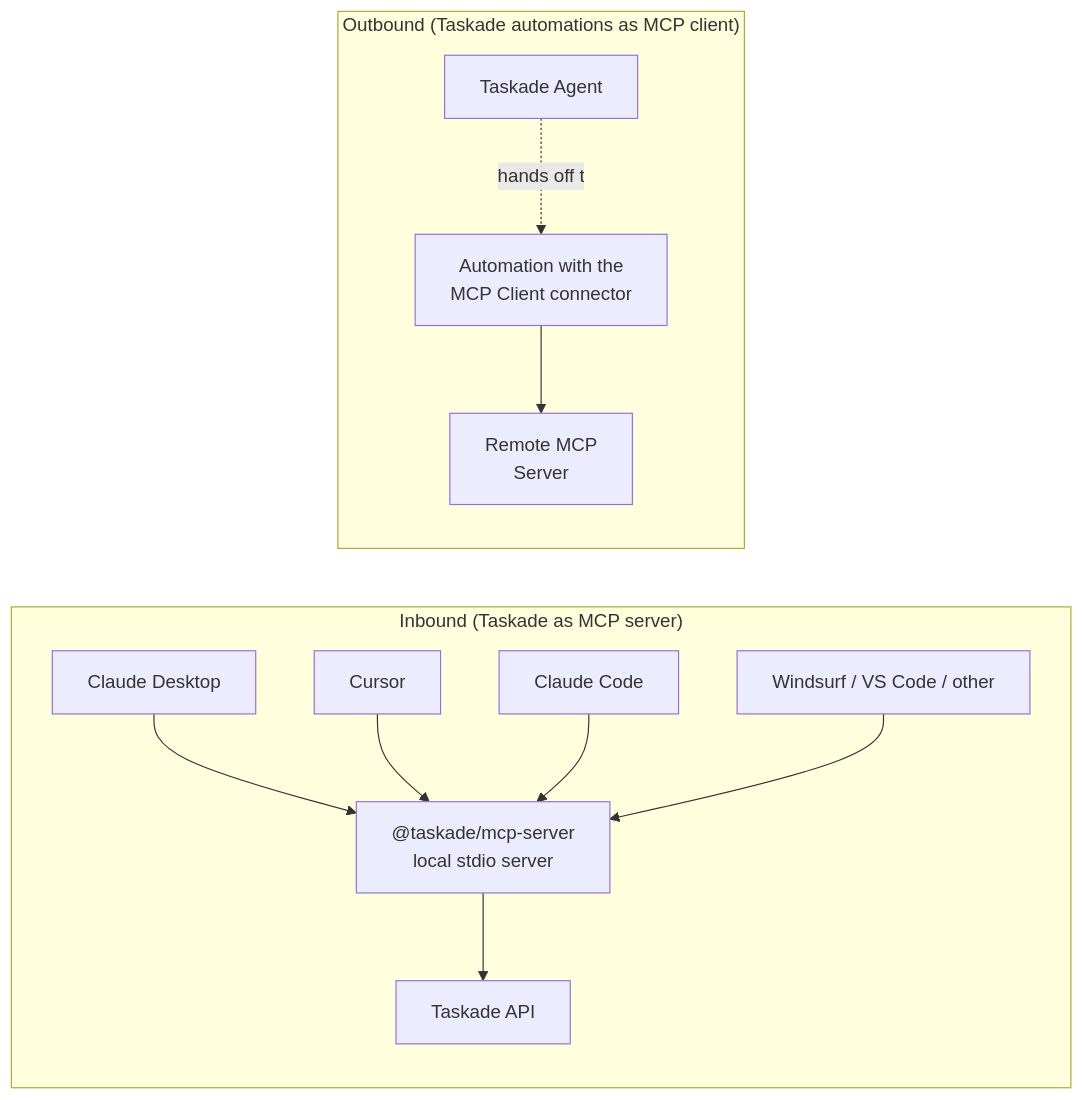
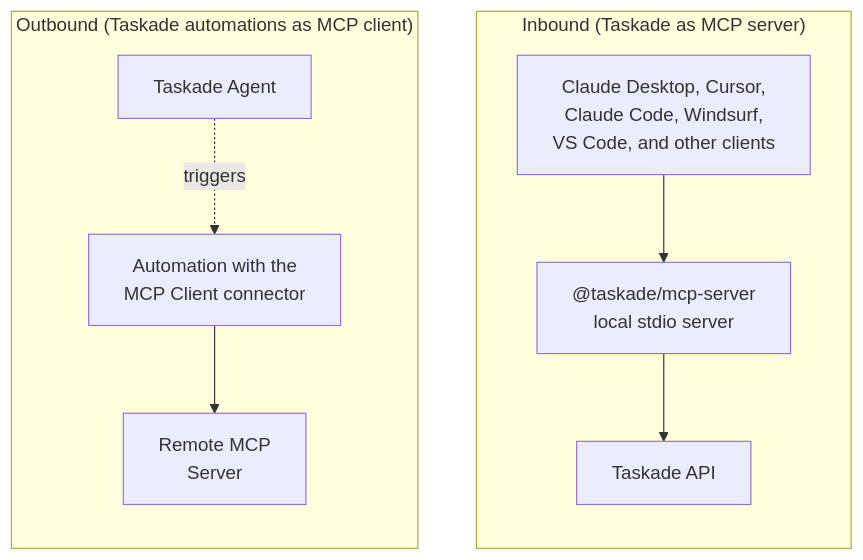
One commit to taskade/docs changed the diagram in apis-living-system-development/workspace-mcp-advanced.md. Above: the diagram before and after it, drawn with Mermaid. The commit also changed other lines of this file and 113 other files, not shown here.

````diff
--- a/apis-living-system-development/workspace-mcp-advanced.md
+++ b/apis-living-system-development/workspace-mcp-advanced.md
@@ -14,25 +14,19 @@
 ```mermaid
-graph LR
+graph TB
     subgraph "Inbound (Taskade as MCP server)"
         direction TB
-        CLIENT1[Claude Desktop]
-        CLIENT2[Cursor]
-        CLIENT3[Claude Code]
-        CLIENT4[Windsurf / VS Code / other]
+        CLIENTS["Claude Desktop, Cursor,<br/>Claude Code, Windsurf,<br/>VS Code, and other clients"]
         MCP_LOCAL["@taskade/mcp-server<br/>local stdio server"]
-        CLIENT1 --> MCP_LOCAL
-        CLIENT2 --> MCP_LOCAL
-        CLIENT3 --> MCP_LOCAL
-        CLIENT4 --> MCP_LOCAL
+        CLIENTS --> MCP_LOCAL
         MCP_LOCAL --> TASKADE_API[Taskade API]
     end
 
     subgraph "Outbound (Taskade automations as MCP client)"
         direction TB
         AGENT["Taskade Agent"]
         FLOW["Automation with the<br/>MCP Client connector"]
         EXTERNAL["Remote MCP<br/>Server"]
-        AGENT -.hands off to.-> FLOW
+        AGENT -.->|triggers| FLOW
         FLOW --> EXTERNAL
     end
 ```
````
